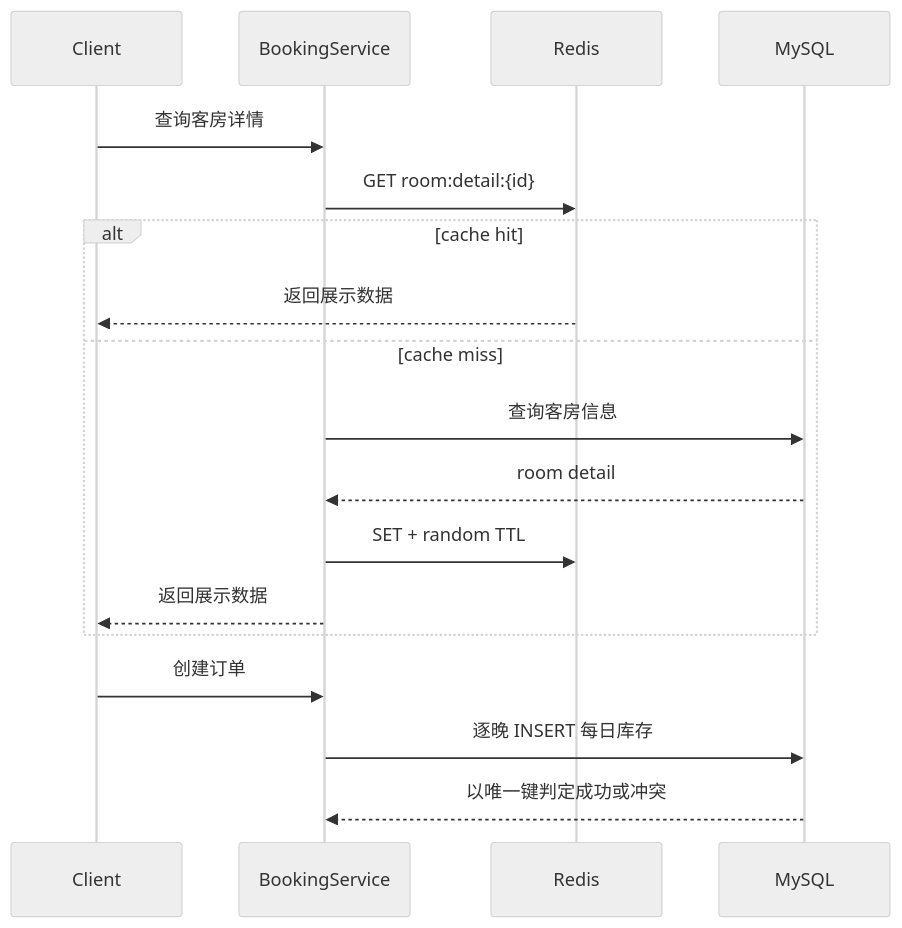
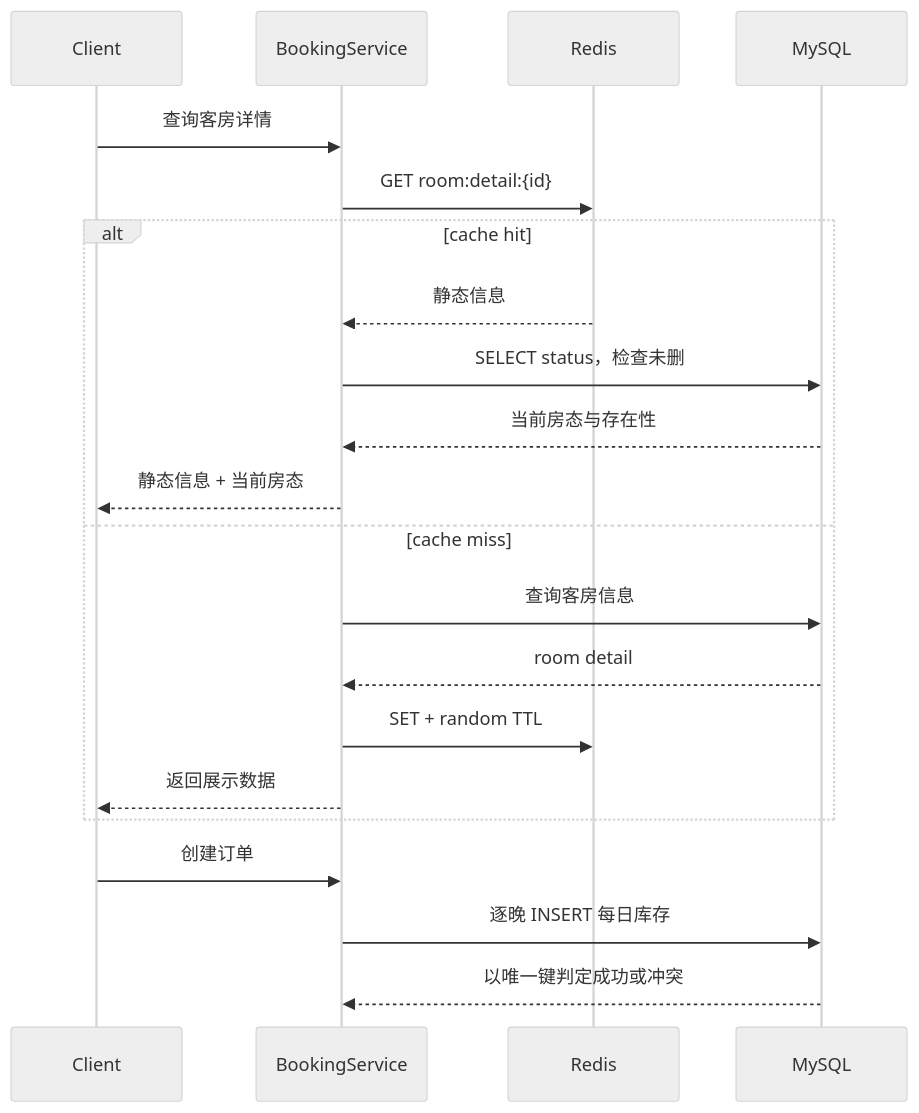
Before and after one commit to Attacker687/HotelSystemBackend: the third of 3 diagrams in docs/booking-consistency.md, drawn with Mermaid (neutral theme). The commit also changed other lines of this file and 4 other files, not shown here.

````diff
--- a/docs/booking-consistency.md
+++ b/docs/booking-consistency.md
@@ -148,22 +152,25 @@
 ```mermaid
 sequenceDiagram
     participant C as Client
     participant S as BookingService
     participant R as Redis
     participant DB as MySQL
 
     C->>S: 查询客房详情
     S->>R: GET room:detail:{id}
     alt cache hit
-        R-->>C: 返回展示数据
+        R-->>S: 静态信息
+        S->>DB: SELECT status，检查未删
+        DB-->>S: 当前房态与存在性
+        S-->>C: 静态信息 + 当前房态
     else cache miss
         S->>DB: 查询客房信息
         DB-->>S: room detail
         S->>R: SET + random TTL
         S-->>C: 返回展示数据
     end
 
     C->>S: 创建订单
     S->>DB: 逐晚 INSERT 每日库存
     DB-->>S: 以唯一键判定成功或冲突
 ```
````
